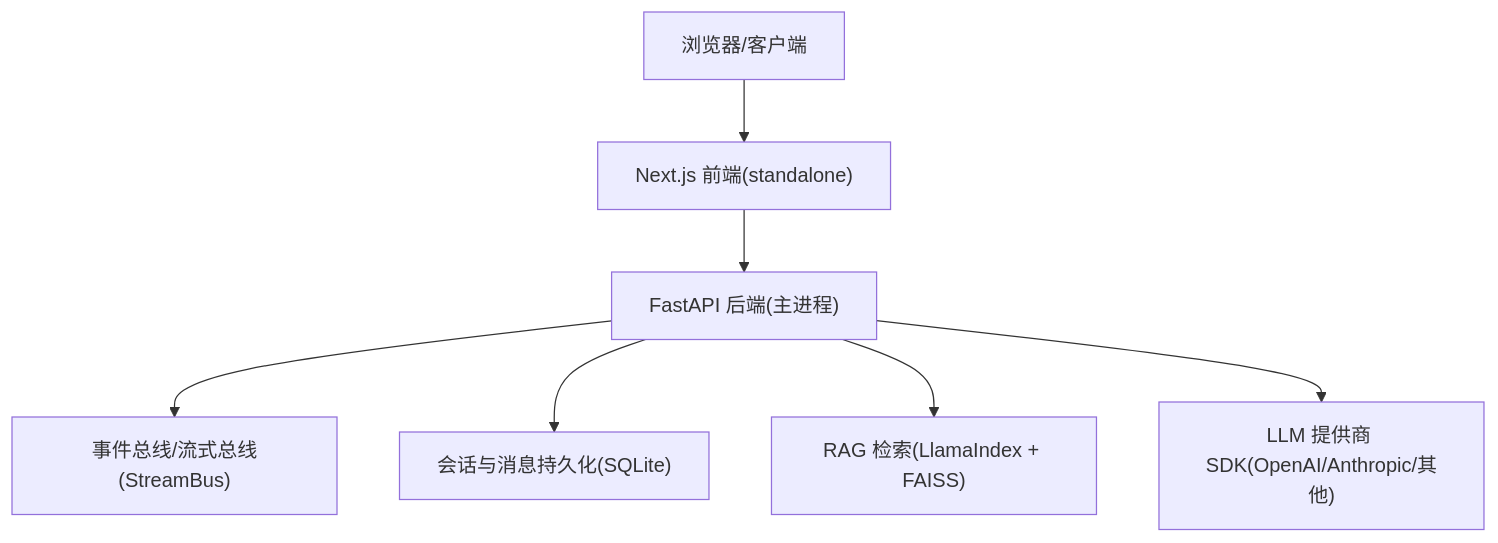
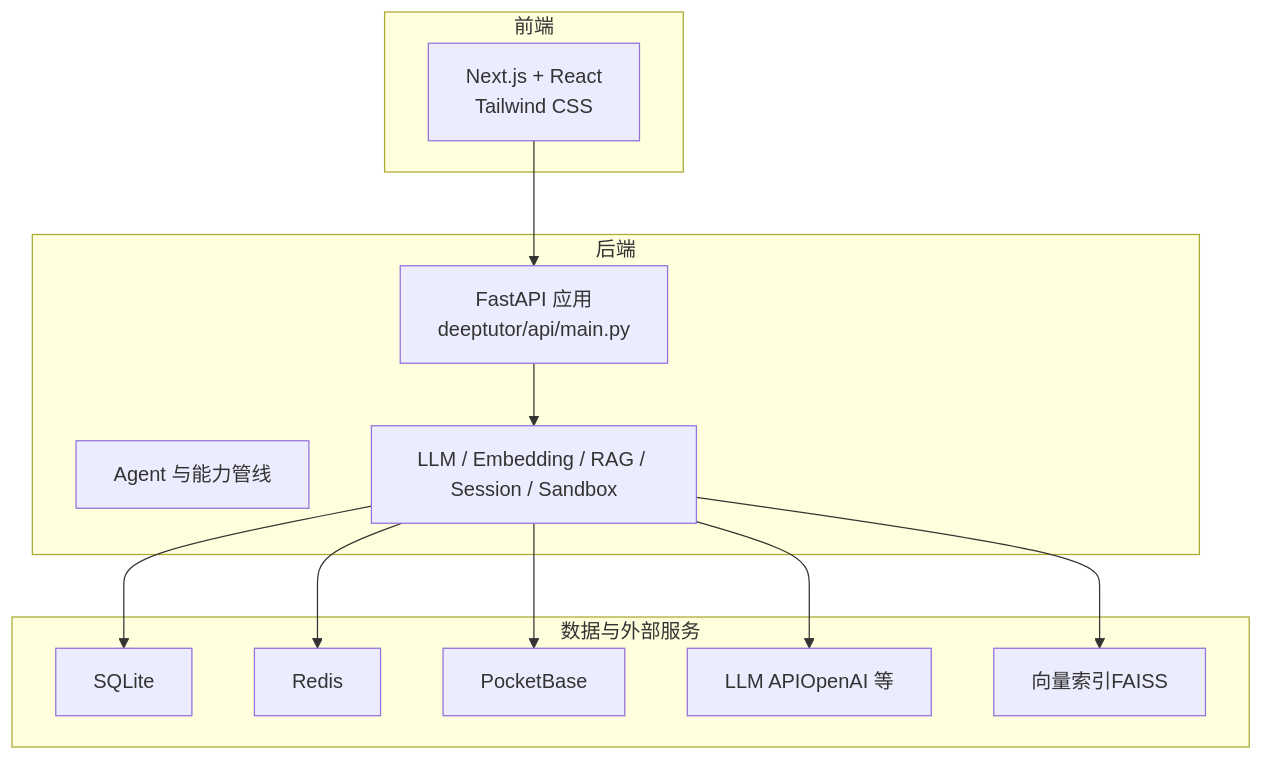
One commit to gongzili456/DeepTutor changed the first of 8 diagrams in .qoder/repowiki/zh/content/项目概述/技术栈概览.md. Above: the diagram before and after it, drawn with Mermaid. The commit also changed other lines of this file and 1242 other files, not shown here.

````diff
--- a/.qoder/repowiki/zh/content/项目概述/技术栈概览.md
+++ b/.qoder/repowiki/zh/content/项目概述/技术栈概览.md
@@ -35,9 +43,25 @@
 ```mermaid
 graph TB
-A["浏览器/客户端"] --> B["Next.js 前端(standalone)"]
-B --> C["FastAPI 后端(主进程)"]
-C --> D["事件总线/流式总线(StreamBus)"]
-C --> E["会话与消息持久化(SQLite)"]
-C --> F["RAG 检索(LlamaIndex + FAISS)"]
-C --> G["LLM 提供商 SDK(OpenAI/Anthropic/其他)"]
+subgraph "前端"
+WEB["Next.js + React<br/>Tailwind CSS"]
+end
+subgraph "后端"
+API["FastAPI 应用<br/>deeptutor/api/main.py"]
+AGENTS["Agent 与能力管线"]
+SERVICES["LLM / Embedding / RAG / Session / Sandbox"]
+end
+subgraph "数据与外部服务"
+SQLITE["SQLite"]
+REDIS["Redis"]
+POCKETBASE["PocketBase"]
+LLM_API["LLM APIOpenAI 等"]
+VECTORDB["向量索引FAISS"]
+end
+WEB --> API
+API --> SERVICES
+SERVICES --> SQLITE
+SERVICES --> REDIS
+SERVICES --> POCKETBASE
+SERVICES --> LLM_API
+SERVICES --> VECTORDB
 ```
````
